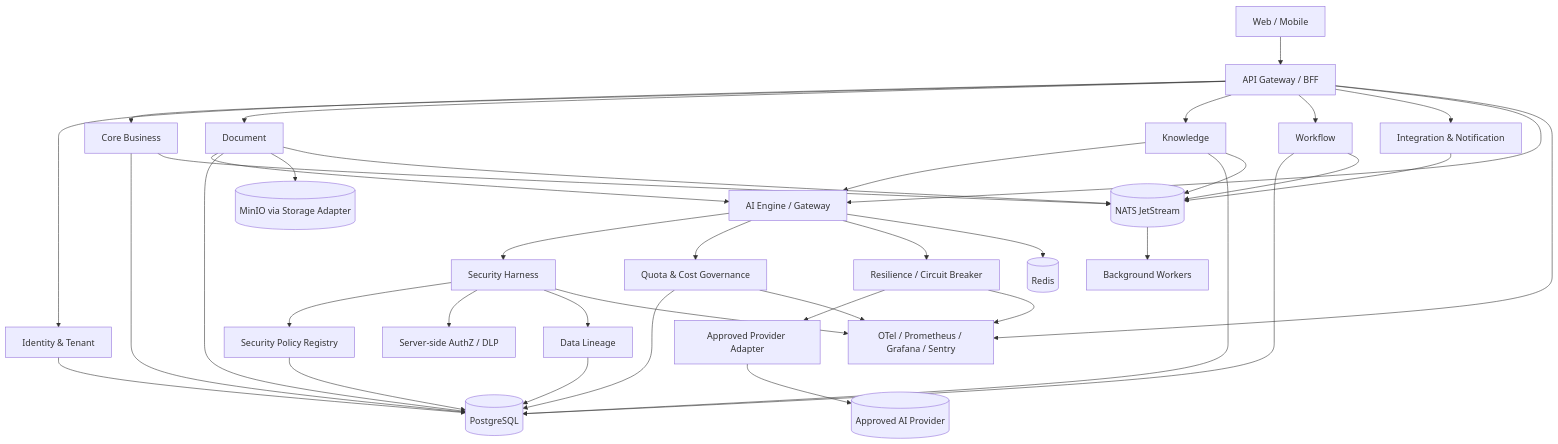
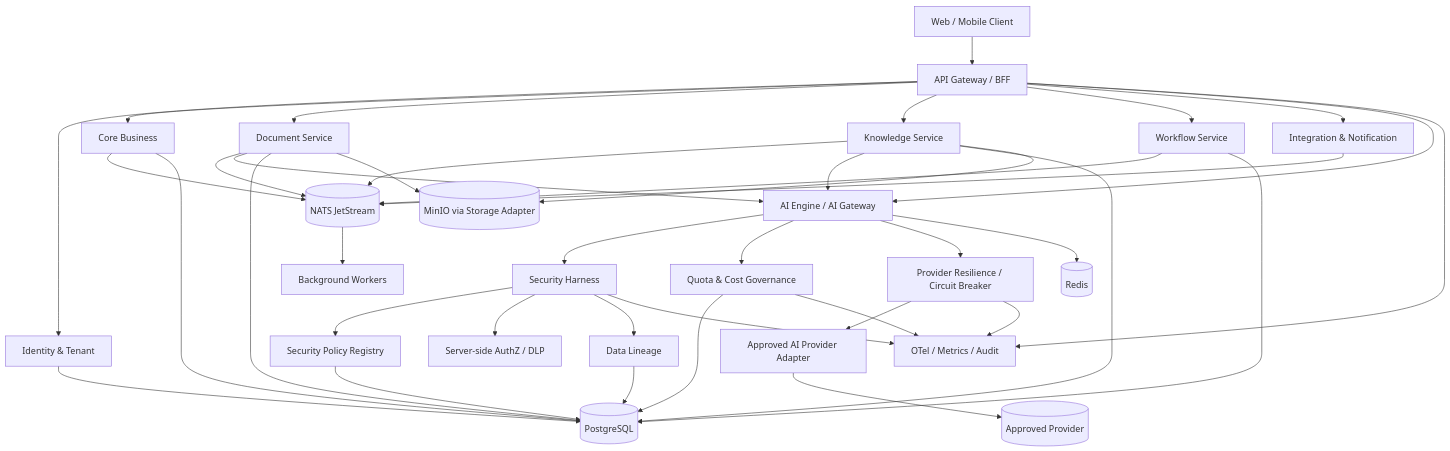
Before and after one commit to datanh98hp/Core_Platform_Technical_Specification: the first of 2 diagrams in docs/architecture/Core_Platform_Technical_Specification_V2.2.md, drawn with Mermaid. The commit also changed other lines of this file and 31 other files, not shown here.

````diff
--- a/docs/architecture/Core_Platform_Technical_Specification_V2.2.md
+++ b/docs/architecture/Core_Platform_Technical_Specification_V2.2.md
@@ -27,41 +38,42 @@
 ```mermaid
 flowchart TB
- U[Web / Mobile] --> GW[API Gateway / BFF]
- GW --> ID[Identity & Tenant]
- GW --> CORE[Core Business]
- GW --> DOC[Document]
- GW --> KNOW[Knowledge]
- GW --> WF[Workflow]
- GW --> INT[Integration & Notification]
- GW --> AI[AI Engine / Gateway]
- DOC --> AI
- KNOW --> AI
- AI --> HARNESS[Security Harness]
- HARNESS --> REG[Security Policy Registry]
- HARNESS --> AUTHZ[Server-side AuthZ / DLP]
- HARNESS --> LIN[Data Lineage]
- AI --> Q[Quota & Cost Governance]
- AI --> CB[Resilience / Circuit Breaker]
- CB --> AP[Approved Provider Adapter]
- AP --> EXT[(Approved AI Provider)]
- ID --> PG[(PostgreSQL)]
- CORE --> PG
- DOC --> PG
- KNOW --> PG
- WF --> PG
- REG --> PG
- LIN --> PG
- Q --> PG
- AI --> REDIS[(Redis)]
- DOC --> OBJ[(MinIO via Storage Adapter)]
- CORE --> BUS[(NATS JetStream)]
- DOC --> BUS
- KNOW --> BUS
- WF --> BUS
- INT --> BUS
- BUS --> WORK[Background Workers]
- GW --> OBS[OTel / Prometheus / Grafana / Sentry]
- HARNESS --> OBS
- Q --> OBS
- CB --> OBS
+  U[Web / Mobile Client] --> GW[API Gateway / BFF]
+  GW --> ID[Identity & Tenant]
+  GW --> CORE[Core Business]
+  GW --> DOC[Document Service]
+  GW --> KNOW[Knowledge Service]
+  GW --> WF[Workflow Service]
+  GW --> INT[Integration & Notification]
+  CORE --> BUS[(NATS JetStream)]
+  DOC --> BUS
+  KNOW --> BUS
+  WF --> BUS
+  INT --> BUS
+  GW --> AI[AI Engine / AI Gateway]
+  DOC --> AI
+  KNOW --> AI
+  AI --> HARNESS[Security Harness]
+  HARNESS --> REG[Security Policy Registry]
+  HARNESS --> AUTHZ[Server-side AuthZ / DLP]
+  HARNESS --> LIN[Data Lineage]
+  AI --> QUOTA[Quota & Cost Governance]
+  AI --> CB[Provider Resilience / Circuit Breaker]
+  CB --> AP[Approved AI Provider Adapter]
+  AP --> EXT[(Approved Provider)]
+  ID --> PG[(PostgreSQL)]
+  CORE --> PG
+  DOC --> PG
+  KNOW --> PG
+  WF --> PG
+  REG --> PG
+  LIN --> PG
+  QUOTA --> PG
+  AI --> REDIS[(Redis)]
+  BUS --> WORK[Background Workers]
+  DOC --> OBJ[(MinIO via Storage Adapter)]
+  KNOW --> OBJ
+  GW --> OBS[OTel / Metrics / Audit]
+  HARNESS --> OBS
+  QUOTA --> OBS
+  CB --> OBS
 ```
````
